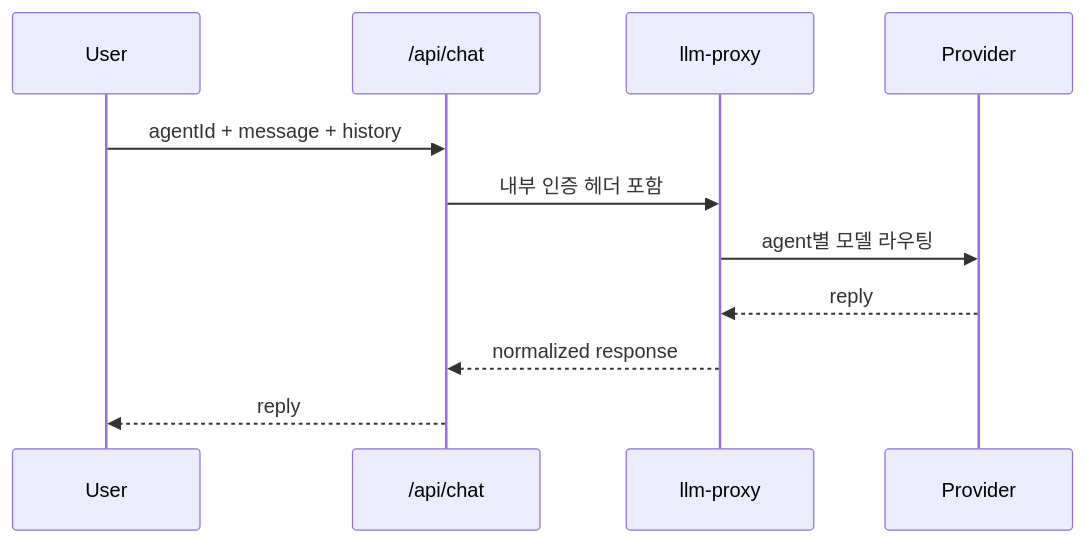
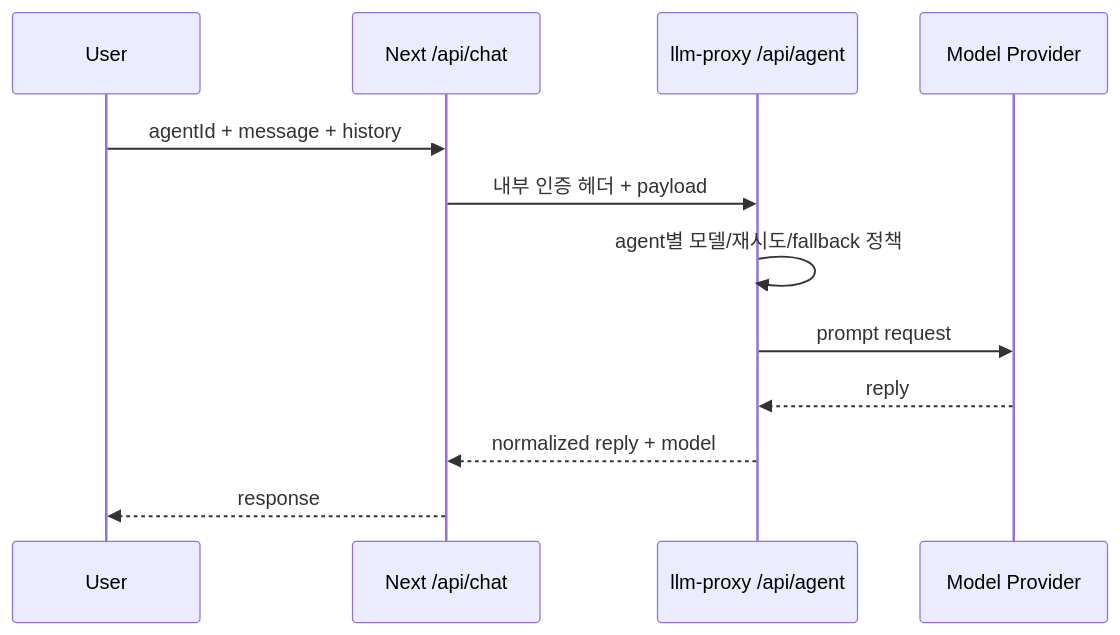
Before and after one commit to Merchantlee99/Personal-AI-agent-v2: the third of 5 diagrams in docs/ARCHITECTURE.md, drawn with Mermaid. The commit also changed other lines of this file and 43 other files, not shown here.

````diff
--- a/docs/ARCHITECTURE.md
+++ b/docs/ARCHITECTURE.md
@@ -69,14 +103,15 @@
 ```mermaid
 sequenceDiagram
   participant U as User
-  participant FE as /api/chat
-  participant PX as llm-proxy
-  participant LLM as Provider
+  participant FE as Next /api/chat
+  participant PX as llm-proxy /api/agent
+  participant LLM as Model Provider
 
   U->>FE: agentId + message + history
-  FE->>PX: 내부 인증 헤더 포함
-  PX->>LLM: agent별 모델 라우팅
+  FE->>PX: 내부 인증 헤더 + payload
+  PX->>PX: agent별 모델/재시도/fallback 정책
+  PX->>LLM: prompt request
   LLM-->>PX: reply
-  PX-->>FE: normalized response
-  FE-->>U: reply
+  PX-->>FE: normalized reply + model
+  FE-->>U: response
 ```
````
